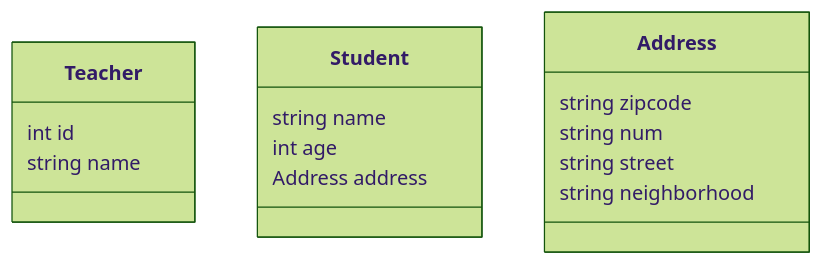
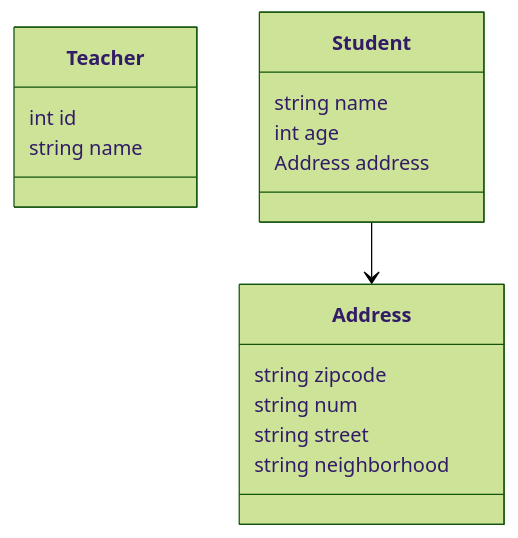
One commit to cezarcruz/gymfront changed the diagram in README.md. Above: the diagram before and after it, drawn with Mermaid (forest theme).

Commit message:
more marmaid

````diff
--- a/README.md
+++ b/README.md
@@ -1,20 +1,22 @@
 ```mermaid
 classDiagram
     class Teacher {
         int    id
         string name
     }
 
     class Student {
         string  name
         int     age
         Address address
     }
 
     class Address {
         string  zipcode
         string  num
         string  street
         string  neighborhood
     }
+
+    Student --> Address
 ```
````
